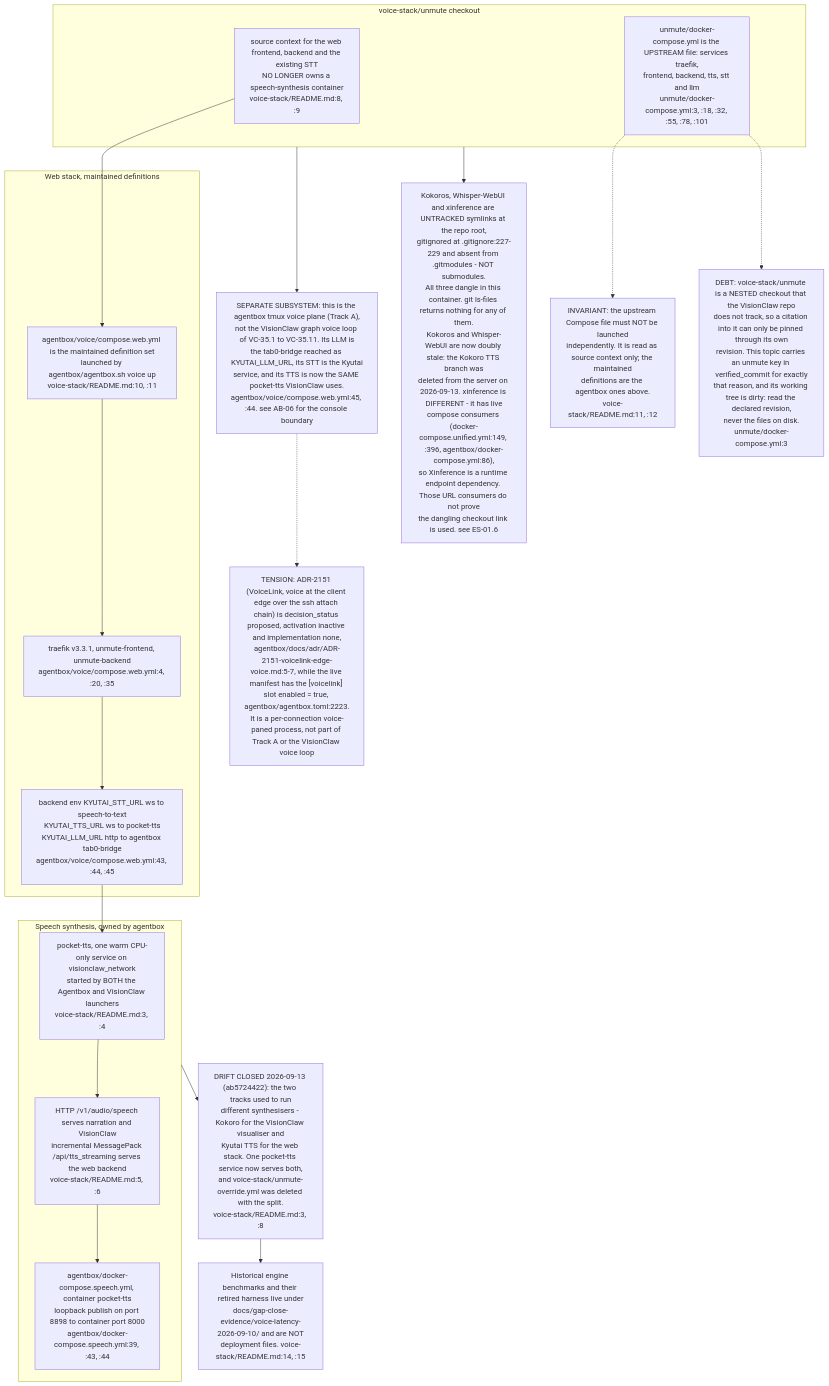
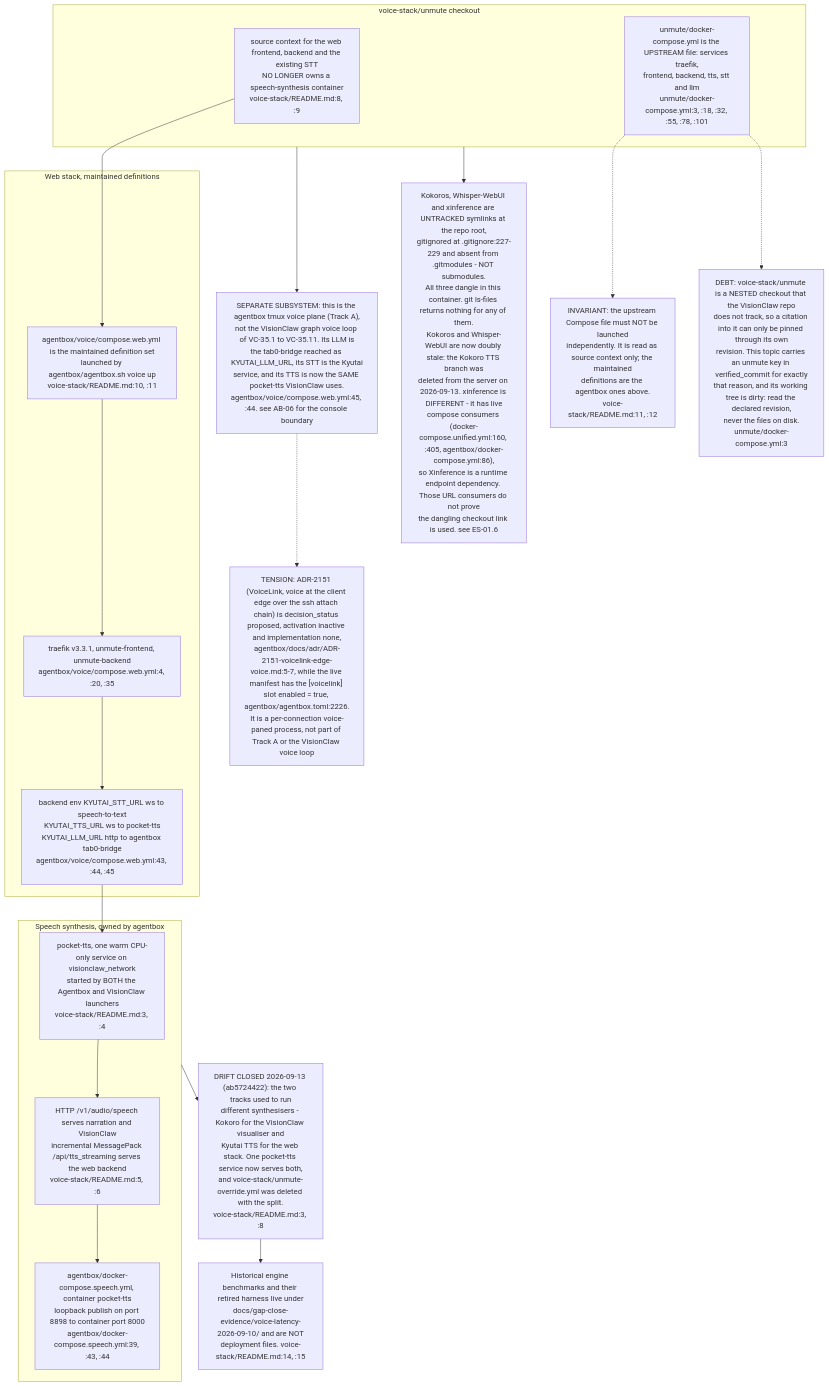
Before and after one commit to DreamLab-AI/VisionFlow: the tenth of 12 diagrams in docs/diagrams/visionclaw/35-voice-end-to-end.md, drawn with Mermaid. The commit also changed other lines of this file and 142 other files, not shown here.

First line of the commit message:
docs(diagrams): one System One route; re-verify 140 topics at today's heads

````diff
--- a/docs/diagrams/visionclaw/35-voice-end-to-end.md
+++ b/docs/diagrams/visionclaw/35-voice-end-to-end.md
@@ -479,35 +479,35 @@
 ```mermaid
 flowchart TB
     subgraph owned["Speech synthesis, owned by agentbox"]
         P1["pocket-tts, one warm CPU-only service on visionclaw_network<br/>started by BOTH the Agentbox and VisionClaw launchers<br/>voice-stack/README.md:3, :4"]
         P2["HTTP /v1/audio/speech serves narration and VisionClaw<br/>incremental MessagePack /api/tts_streaming serves the web backend<br/>voice-stack/README.md:5, :6"]
         P3["agentbox/docker-compose.speech.yml, container pocket-tts<br/>loopback publish on port 8898 to container port 8000<br/>agentbox/docker-compose.speech.yml:39, :43, :44"]
     end
     subgraph web["Web stack, maintained definitions"]
         W1["agentbox/voice/compose.web.yml is the maintained definition set<br/>launched by agentbox/agentbox.sh voice up<br/>voice-stack/README.md:10, :11"]
         W2["traefik v3.3.1, unmute-frontend, unmute-backend<br/>agentbox/voice/compose.web.yml:4, :20, :35"]
         W3["backend env KYUTAI_STT_URL ws to speech-to-text<br/>KYUTAI_TTS_URL ws to pocket-tts<br/>KYUTAI_LLM_URL http to agentbox tab0-bridge<br/>agentbox/voice/compose.web.yml:43, :44, :45"]
     end
     subgraph legacy["voice-stack/unmute checkout"]
         U1["source context for the web frontend, backend and the existing STT<br/>NO LONGER owns a speech-synthesis container<br/>voice-stack/README.md:8, :9"]
         U2["unmute/docker-compose.yml is the UPSTREAM file: services traefik,<br/>frontend, backend, tts, stt and llm<br/>unmute/docker-compose.yml:3, :18, :32, :55, :78, :101"]
     end
     P1 --> P2 --> P3
     W1 --> W2 --> W3
     W3 --> P1
     U1 --> W1
     U2 -.-> INV
     INV["INVARIANT: the upstream Compose file must NOT be launched<br/>independently. It is read as source context only; the maintained<br/>definitions are the agentbox ones above.<br/>voice-stack/README.md:11, :12"]
     U2 -.-> UNPIN
     UNPIN["DEBT: voice-stack/unmute is a NESTED checkout that the VisionClaw repo<br/>does not track, so a citation into it can only be pinned through its own<br/>revision. This topic carries an unmute key in verified_commit for exactly<br/>that reason, and its working tree is dirty: read the declared revision,<br/>never the files on disk.<br/>unmute/docker-compose.yml:3"]
     legacy --> SEP
-    VL["TENSION: ADR-2151 (VoiceLink, voice at the client edge over the ssh attach chain) is decision_status proposed, activation inactive and implementation none,<br/>agentbox/docs/adr/ADR-2151-voicelink-edge-voice.md:5-7, while the live manifest has the [voicelink] slot enabled = true, agentbox/agentbox.toml:2223.<br/>It is a per-connection voice-paned process, not part of Track A or the VisionClaw voice loop"]
+    VL["TENSION: ADR-2151 (VoiceLink, voice at the client edge over the ssh attach chain) is decision_status proposed, activation inactive and implementation none,<br/>agentbox/docs/adr/ADR-2151-voicelink-edge-voice.md:5-7, while the live manifest has the [voicelink] slot enabled = true, agentbox/agentbox.toml:2226.<br/>It is a per-connection voice-paned process, not part of Track A or the VisionClaw voice loop"]
     SEP -.-> VL
     SEP["SEPARATE SUBSYSTEM: this is the agentbox tmux voice plane (Track A),<br/>not the VisionClaw graph voice loop of VC-35.1 to VC-35.11. Its LLM is<br/>the tab0-bridge reached as KYUTAI_LLM_URL, its STT is the Kyutai<br/>service, and its TTS is now the SAME pocket-tts VisionClaw uses.<br/>agentbox/voice/compose.web.yml:45, :44. see AB-06 for the console boundary"]
     owned --> CONV
     CONV["DRIFT CLOSED 2026-09-13 (ab5724422): the two tracks used to run<br/>different synthesisers - Kokoro for the VisionClaw visualiser and<br/>Kyutai TTS for the web stack. One pocket-tts service now serves both,<br/>and voice-stack/unmute-override.yml was deleted with the split.<br/>voice-stack/README.md:3, :8"]
-    DIV["Kokoros, Whisper-WebUI and xinference are UNTRACKED symlinks at the repo root,<br/>gitignored at .gitignore:227-229 and absent from .gitmodules - NOT submodules.<br/>All three dangle in this container. git ls-files returns nothing for any of them.<br/>Kokoros and Whisper-WebUI are now doubly stale: the Kokoro TTS branch was<br/>deleted from the server on 2026-09-13. xinference is DIFFERENT - it has live<br/>compose consumers (docker-compose.unified.yml:149, :396, agentbox/docker-compose.yml:86),<br/>so Xinference is a runtime endpoint dependency. Those URL consumers do not prove<br/>the dangling checkout link is used. see ES-01.6"]
+    DIV["Kokoros, Whisper-WebUI and xinference are UNTRACKED symlinks at the repo root,<br/>gitignored at .gitignore:227-229 and absent from .gitmodules - NOT submodules.<br/>All three dangle in this container. git ls-files returns nothing for any of them.<br/>Kokoros and Whisper-WebUI are now doubly stale: the Kokoro TTS branch was<br/>deleted from the server on 2026-09-13. xinference is DIFFERENT - it has live<br/>compose consumers (docker-compose.unified.yml:160, :405, agentbox/docker-compose.yml:86),<br/>so Xinference is a runtime endpoint dependency. Those URL consumers do not prove<br/>the dangling checkout link is used. see ES-01.6"]
     legacy --> DIV
     HIST["Historical engine benchmarks and their retired harness live under<br/>docs/gap-close-evidence/voice-latency-2026-09-10/ and are NOT<br/>deployment files. voice-stack/README.md:14, :15"]
     CONV --> HIST
 ```
````
